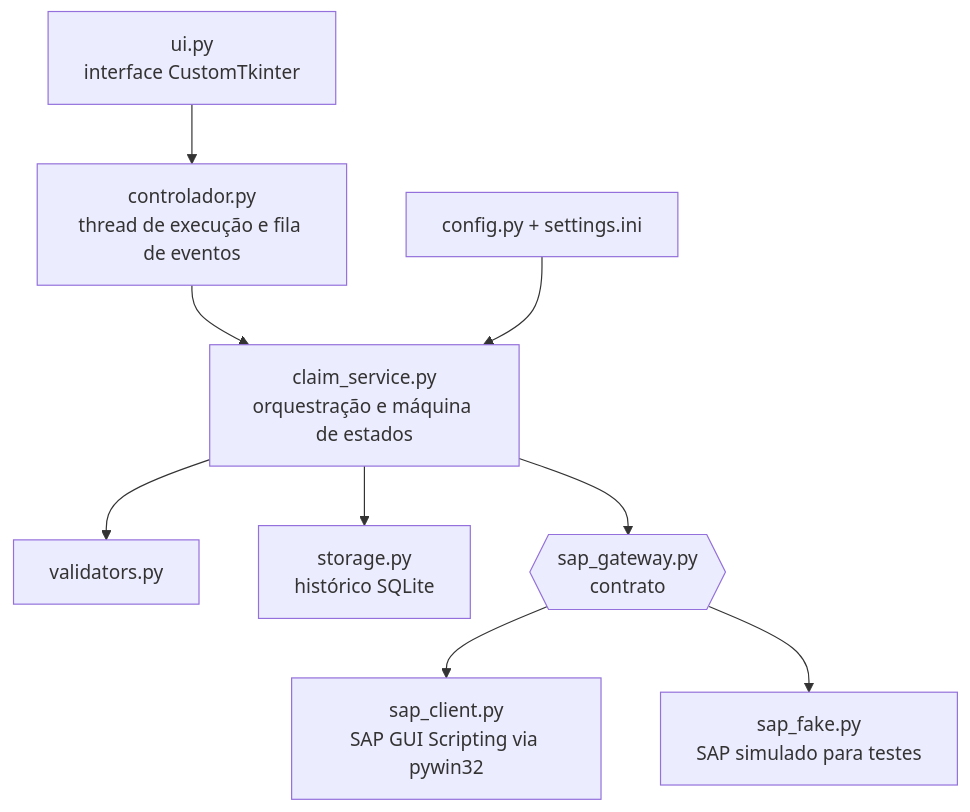
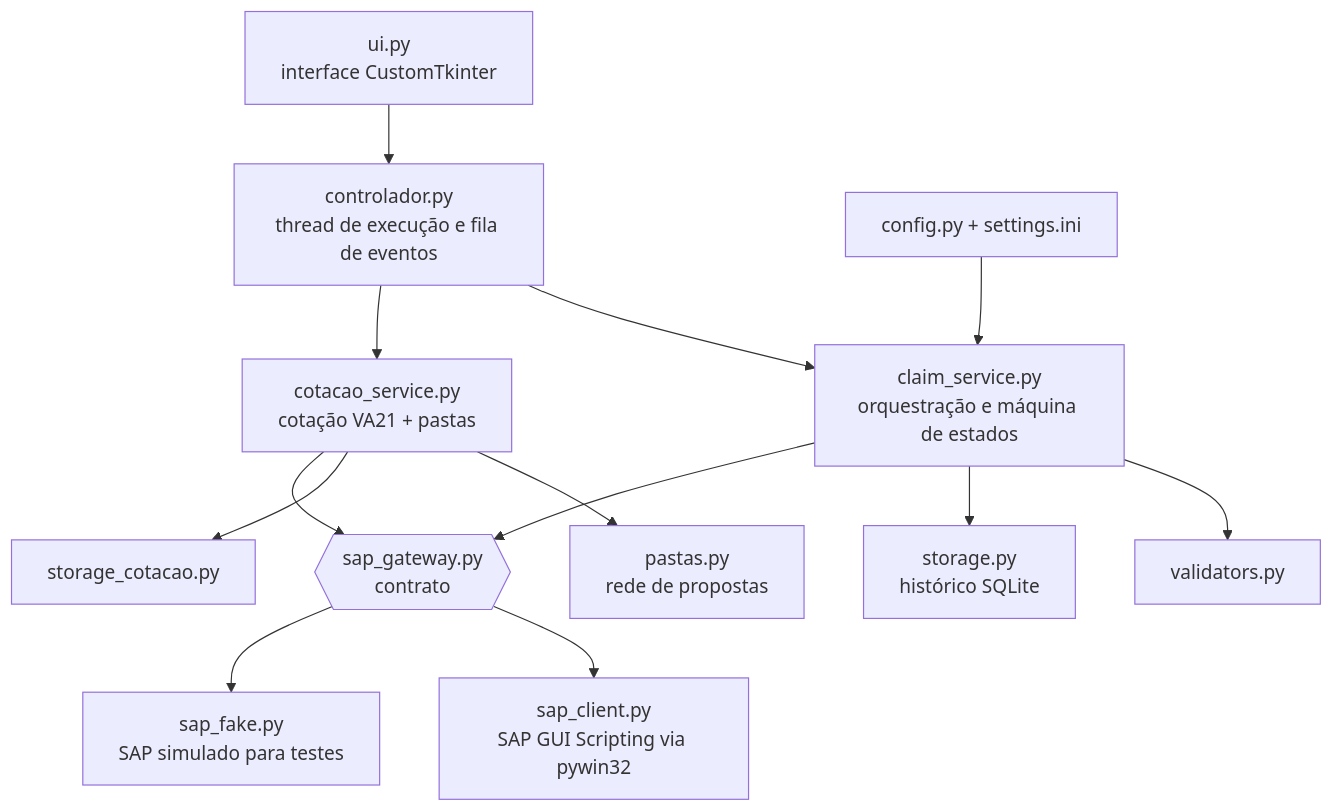
Before and after one commit to tiagopricilianoo/sap-claim-automation: the third of 4 diagrams in README.md, drawn with Mermaid. The commit also changed other lines of this file and 44 other files, not shown here.

````diff
--- a/README.md
+++ b/README.md
@@ -113,11 +118,15 @@
 ```mermaid
 flowchart TB
     UI[ui.py<br/>interface CustomTkinter] --> CTRL[controlador.py<br/>thread de execução e fila de eventos]
     CTRL --> SVC[claim_service.py<br/>orquestração e máquina de estados]
     SVC --> VAL[validators.py]
     SVC --> STO[storage.py<br/>histórico SQLite]
+    CTRL --> COT[cotacao_service.py<br/>cotação VA21 + pastas]
+    COT --> PAS[pastas.py<br/>rede de propostas]
+    COT --> STC[storage_cotacao.py]
     SVC --> GW{{sap_gateway.py<br/>contrato}}
+    COT --> GW
     GW --> REAL[sap_client.py<br/>SAP GUI Scripting via pywin32]
     GW --> FAKE[sap_fake.py<br/>SAP simulado para testes]
     CFG[config.py + settings.ini] --> SVC
 ```
````
